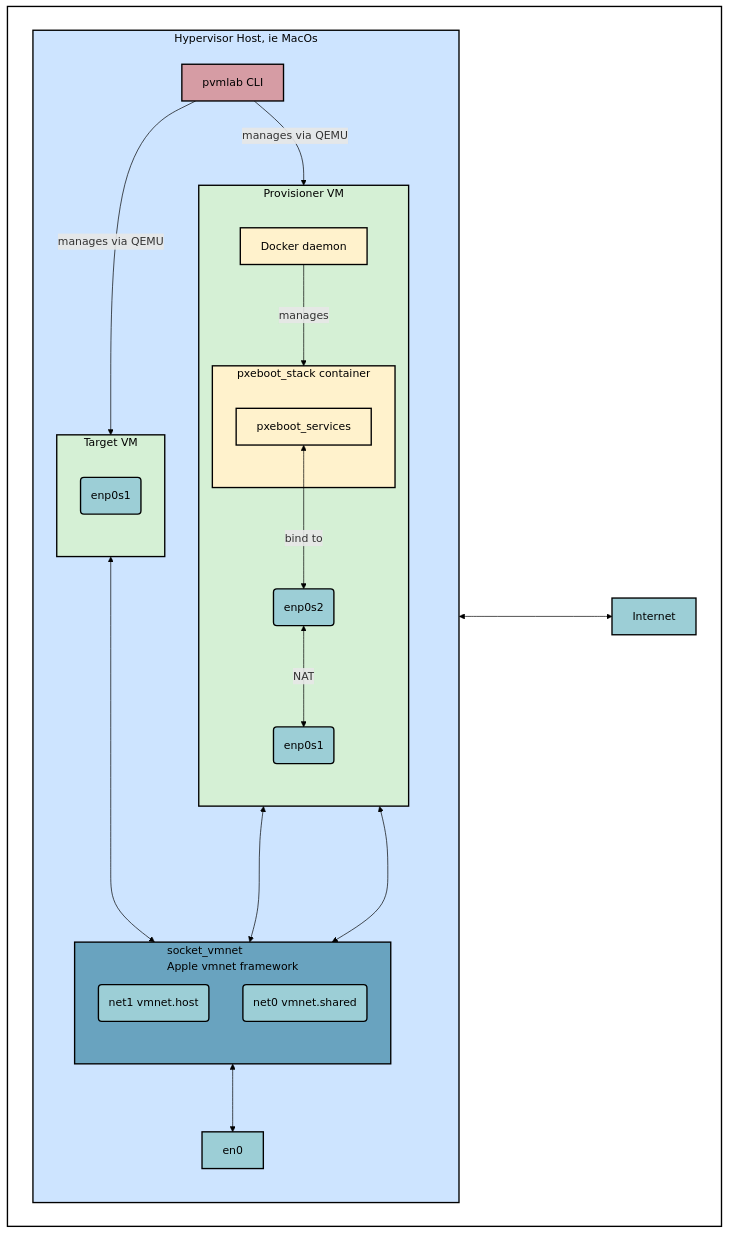
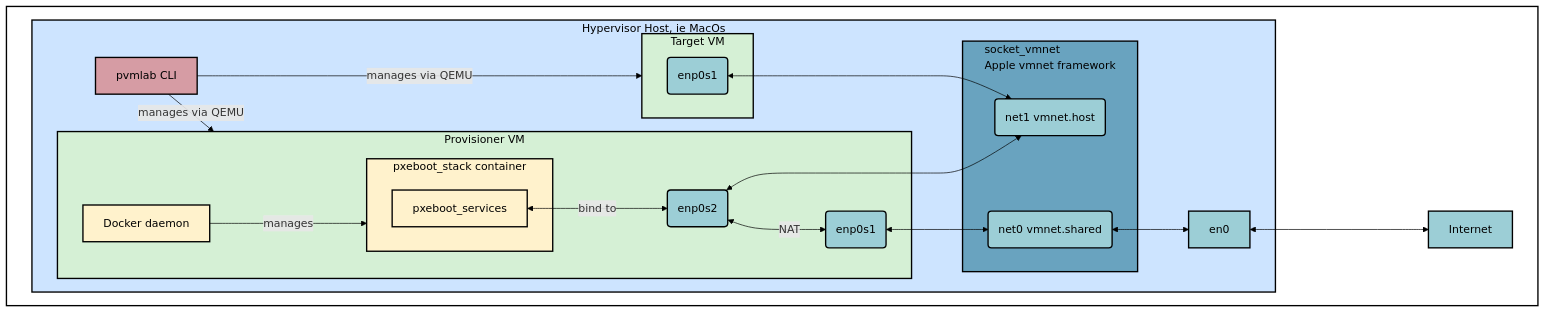
Before and after one commit to pallotron/pvmlab: the diagram in README.md, drawn with Mermaid.

````diff
--- a/README.md
+++ b/README.md
@@ -21,62 +21,58 @@
 ```mermaid
 flowchart TD
 %% Define style classes for different components
 classDef hostStyle fill:#cde4ff,stroke:black,stroke-width:2px,color:#000
 classDef vmStyle fill:#d5f0d5,stroke:black,stroke-width:2px,color:#000
 classDef dockerStyle fill:#fff2cc,stroke:black,stroke-width:2px,color:#000
 classDef interfaceStyle fill:#9cced6,stroke:black,stroke-width:2px,color:#000
 classDef cliStyle fill:#d69ca4,stroke:black,stroke-width:2px,color:#000
 classDef socketVmnetStyle fill:#69a3bf,stroke:black,stroke-width:2px,color:#000
 classDef backgroundStyle fill:white,stroke:black,stroke-width:2px,color:#000
 
 subgraph G [ ]
     subgraph H [Hypervisor Host, ie MacOs]
-        direction TB
         cli[pvmlab CLI]
         en0
         subgraph V [Provisioner VM]
-            direction TB
             provisioner_vm_enp0s1(enp0s1)
             provisioner_vm_enp0s2(enp0s2)
             Docker[Docker daemon]
             subgraph "pxeboot_stack" [pxeboot_stack container]
                 pxeboot_services
             end
         end
         subgraph T [Target VM]
-            direction TB
             target_vm_enp0s1(enp0s1)
         end
         subgraph N [socket_vmnet<br/>Apple vmnet framework]
-            direction TB
             virtual_net1_private(net1 vmnet.host)
             virtual_net0_shared(net0 vmnet.shared)
         end
     end
     Internet
 end
 
 
 en0 <----> Internet
 Docker -- manages --> pxeboot_stack
 provisioner_vm_enp0s1 <--> virtual_net0_shared
 provisioner_vm_enp0s2 <---> virtual_net1_private
 provisioner_vm_enp0s2 <-- NAT --> provisioner_vm_enp0s1
 target_vm_enp0s1 <---> virtual_net1_private
 pxeboot_services <-- bind to --> provisioner_vm_enp0s2
 virtual_net0_shared <--> en0
 cli -- manages via QEMU --> V
 cli -- manages via QEMU --> T
 
 
 %% Apply the defined classes to the nodes
 class H hostStyle
 class G backgroundStyle
 class pxeboot_stack,Docker,pxeboot_services dockerStyle
 class V,T vmStyle
 class target_vm_enp0s1,provisioner_vm_enp0s1,provisioner_vm_enp0s2,provisioner_vm_enp0s3,en0,virtual_net0_shared,virtual_net1_private interfaceStyle
 class cli cliStyle
 class N socketVmnetStyle
 class Internet interfaceStyle
 linkStyle default stroke:black
 ```
````
